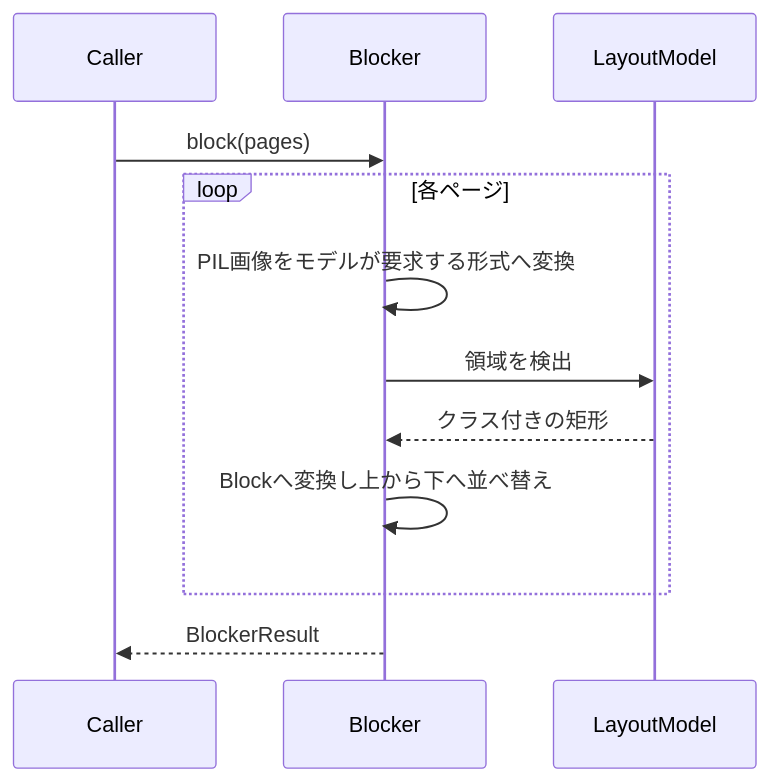
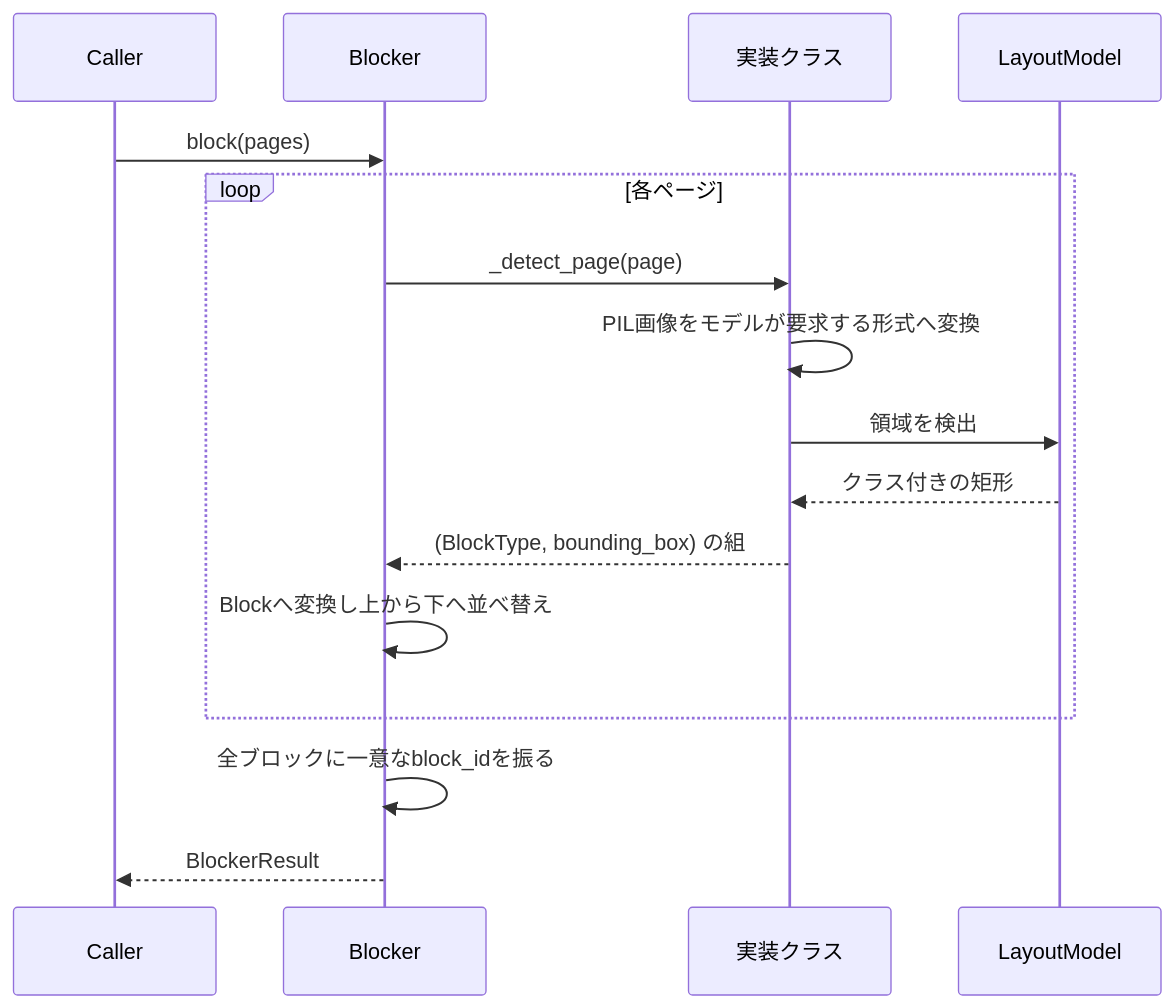
Before and after one commit to konbraphat51/SuperSuat: the second of 2 diagrams in Uploader/OcrModule/Blocked/Docs/Blocker.ja.md, drawn with Mermaid. The commit also changed other lines of this file and 1 other file, not shown here.

Commit message:
docs: describe the Blocker template method and block_id

````diff
--- a/Uploader/OcrModule/Blocked/Docs/Blocker.ja.md
+++ b/Uploader/OcrModule/Blocked/Docs/Blocker.ja.md
@@ -56,14 +63,18 @@
 ```mermaid
 sequenceDiagram
     participant Caller
     participant Blocker
+    participant 実装クラス
     participant LayoutModel
     Caller->>Blocker: block(pages)
     loop 各ページ
-        Blocker->>Blocker: PIL画像をモデルが要求する形式へ変換
-        Blocker->>LayoutModel: 領域を検出
-        LayoutModel-->>Blocker: クラス付きの矩形
+        Blocker->>実装クラス: _detect_page(page)
+        実装クラス->>実装クラス: PIL画像をモデルが要求する形式へ変換
+        実装クラス->>LayoutModel: 領域を検出
+        LayoutModel-->>実装クラス: クラス付きの矩形
+        実装クラス-->>Blocker: (BlockType, bounding_box) の組
         Blocker->>Blocker: Blockへ変換し上から下へ並べ替え
     end
+    Blocker->>Blocker: 全ブロックに一意なblock_idを振る
     Blocker-->>Caller: BlockerResult
 ```
````
